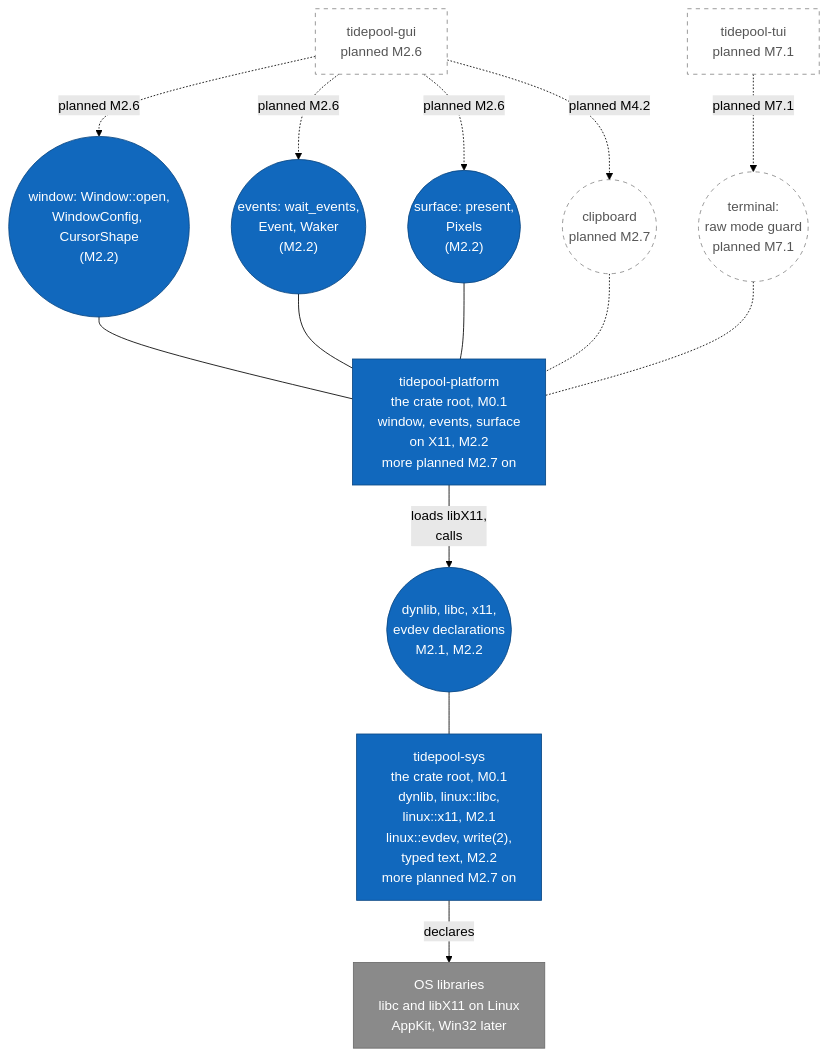
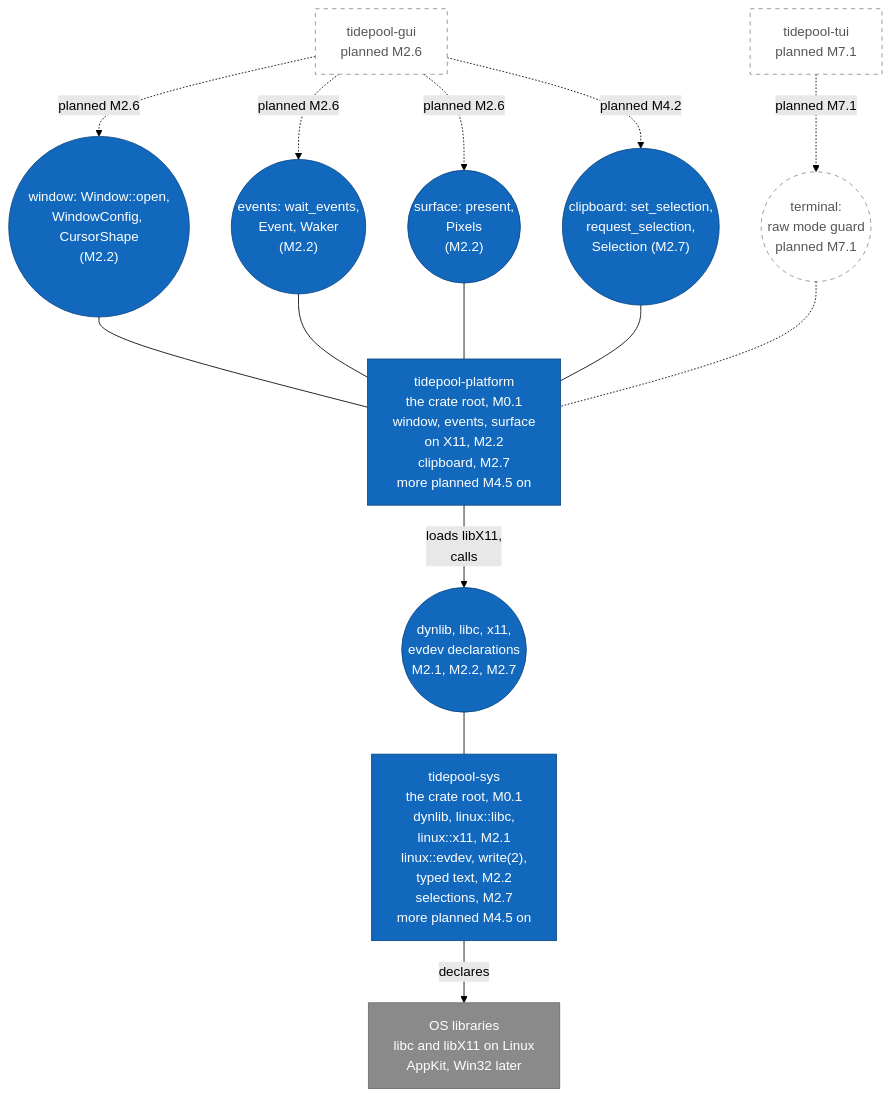
The seventh of 21 diagrams in diagrams/component-diagrams.md (jabbott-iii/Tidepool), drawn with Mermaid (forest theme) before and after one commit. The commit also changed other lines of this file and 28 other files, not shown here.

First line of the commit message:
platform: clipboard, paths and dirs on Linux (M2.7)

````diff
--- a/diagrams/component-diagrams.md
+++ b/diagrams/component-diagrams.md
@@ -388,40 +388,40 @@
 ```mermaid
 flowchart TB
     c_gui["tidepool-gui<br/>planned M2.6"]
     c_tui["tidepool-tui<br/>planned M7.1"]
 
     i_window(("window: Window::open,<br/>WindowConfig, CursorShape<br/>(M2.2)"))
     i_events(("events: wait_events,<br/>Event, Waker<br/>(M2.2)"))
     i_surface(("surface: present,<br/>Pixels<br/>(M2.2)"))
-    i_clip(("clipboard<br/>planned M2.7"))
+    i_clip(("clipboard: set_selection,<br/>request_selection,<br/>Selection (M2.7)"))
     i_terminal(("terminal:<br/>raw mode guard<br/>planned M7.1"))
 
-    c_platform["tidepool-platform<br/>the crate root, M0.1<br/>window, events, surface<br/>on X11, M2.2<br/>more planned M2.7 on"]
-    i_decl(("dynlib, libc, x11,<br/>evdev declarations<br/>M2.1, M2.2"))
-    c_sys["tidepool-sys<br/>the crate root, M0.1<br/>dynlib, linux::libc,<br/>linux::x11, M2.1<br/>linux::evdev, write(2),<br/>typed text, M2.2<br/>more planned M2.7 on"]
+    c_platform["tidepool-platform<br/>the crate root, M0.1<br/>window, events, surface<br/>on X11, M2.2<br/>clipboard, M2.7<br/>more planned M4.5 on"]
+    i_decl(("dynlib, libc, x11,<br/>evdev declarations<br/>M2.1, M2.2, M2.7"))
+    c_sys["tidepool-sys<br/>the crate root, M0.1<br/>dynlib, linux::libc,<br/>linux::x11, M2.1<br/>linux::evdev, write(2),<br/>typed text, M2.2<br/>selections, M2.7<br/>more planned M4.5 on"]
     e_os["OS libraries<br/>libc and libX11 on Linux<br/>AppKit, Win32 later"]
 
     c_gui -.->|"planned M2.6"| i_window
     c_gui -.->|"planned M2.6"| i_events
     c_gui -.->|"planned M2.6"| i_surface
     c_gui -.->|"planned M4.2"| i_clip
     c_tui -.->|"planned M7.1"| i_terminal
 
     i_window --- c_platform
     i_events --- c_platform
     i_surface --- c_platform
-    i_clip -.- c_platform
+    i_clip --- c_platform
     i_terminal -.- c_platform
 
     c_platform -->|"loads libX11,<br/>calls"| i_decl
     i_decl --- c_sys
     c_sys -->|"declares"| e_os
 
     classDef built fill:#1168bd,stroke:#0b4884,color:#ffffff
     classDef external fill:#8a8a8a,stroke:#6b6b6b,color:#ffffff
     classDef planned fill:#ffffff,stroke:#888888,stroke-dasharray: 5 5,color:#555555
-    class c_platform,c_sys,i_decl,i_window,i_events,i_surface built
+    class c_platform,c_sys,i_decl,i_window,i_events,i_surface,i_clip built
     class c_gui,c_tui planned
-    class i_clip,i_terminal planned
+    class i_terminal planned
     class e_os external
 ```
````
